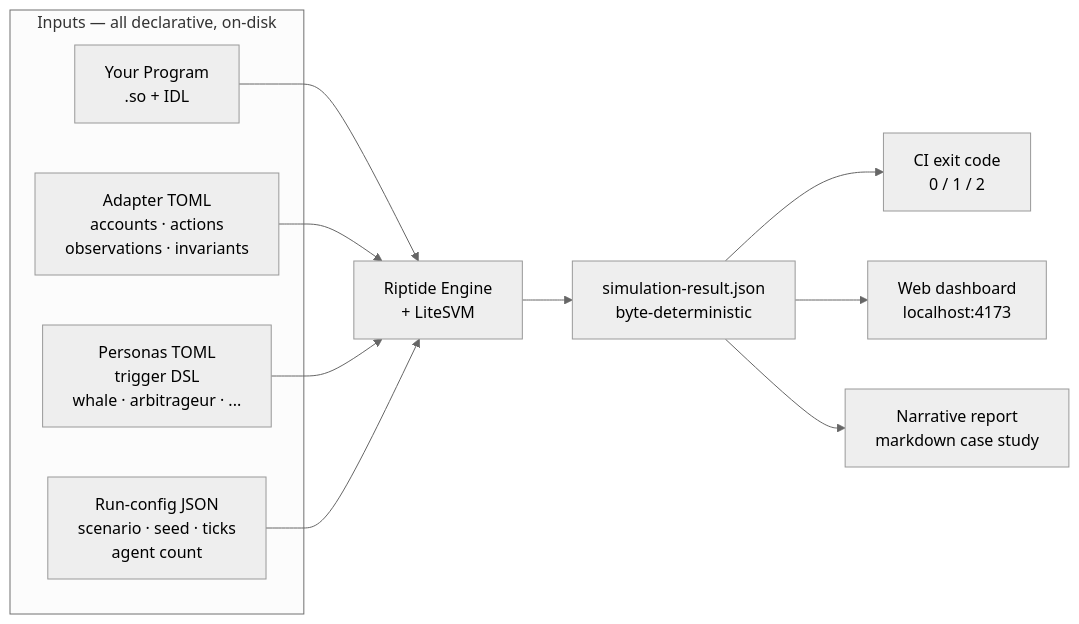
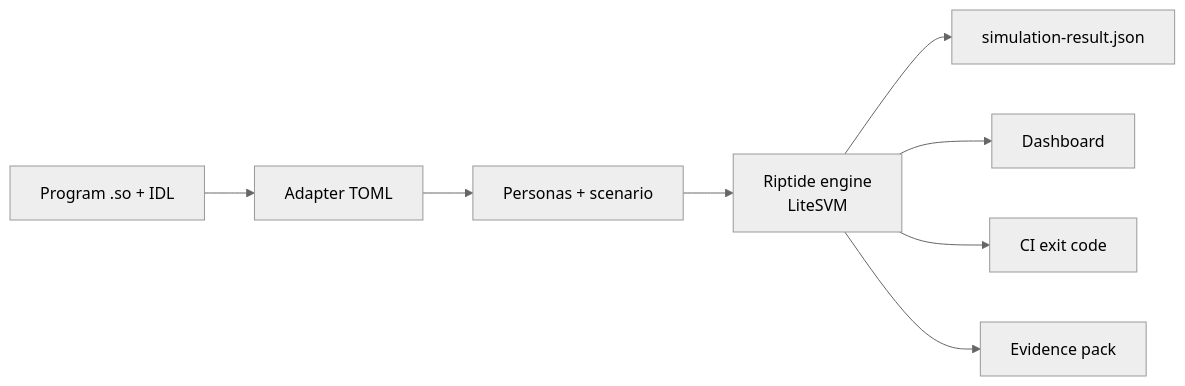
One commit to riptidesim/riptide changed the diagram in README.md. Above: the diagram before and after it, drawn with Mermaid (neutral theme). The commit also changed other lines of this file and 11 other files, not shown here.

````diff
--- a/README.md
+++ b/README.md
@@ -73,22 +40,10 @@
 ```mermaid
 flowchart LR
-    subgraph Inputs["Inputs — all declarative, on-disk"]
-        P["Your Program<br>.so + IDL"]
-        A["Adapter TOML<br>accounts · actions<br>observations · invariants"]
-        D["Personas TOML<br>trigger DSL<br>whale · arbitrageur · ..."]
-        C["Run-config JSON<br>scenario · seed · ticks<br>agent count"]
-    end
-
-    P --> E
-    A --> E
-    D --> E
-    C --> E
-
-    E["Riptide Engine<br>+ LiteSVM"]
-
-    E --> R["simulation-result.json<br>byte-deterministic"]
-
-    R --> X["CI exit code<br>0 / 1 / 2"]
-    R --> Y["Web dashboard<br>localhost:4173"]
-    R --> Z["Narrative report<br>markdown case study"]
+    P["Program .so + IDL"] --> A["Adapter TOML"]
+    A --> S["Personas + scenario"]
+    S --> E["Riptide engine<br/>LiteSVM"]
+    E --> R["simulation-result.json"]
+    E --> D["Dashboard"]
+    E --> C["CI exit code"]
+    E --> K["Evidence pack"]
 ```
````
